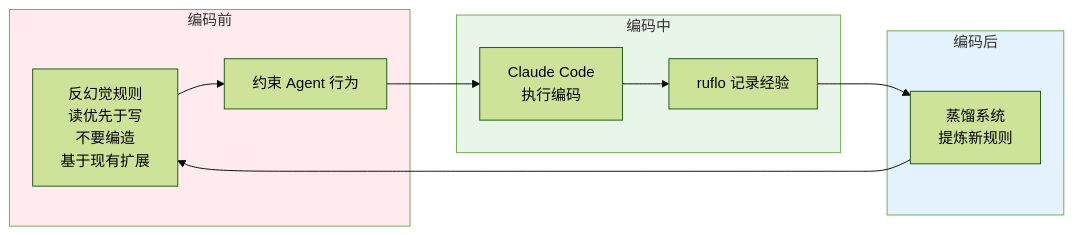
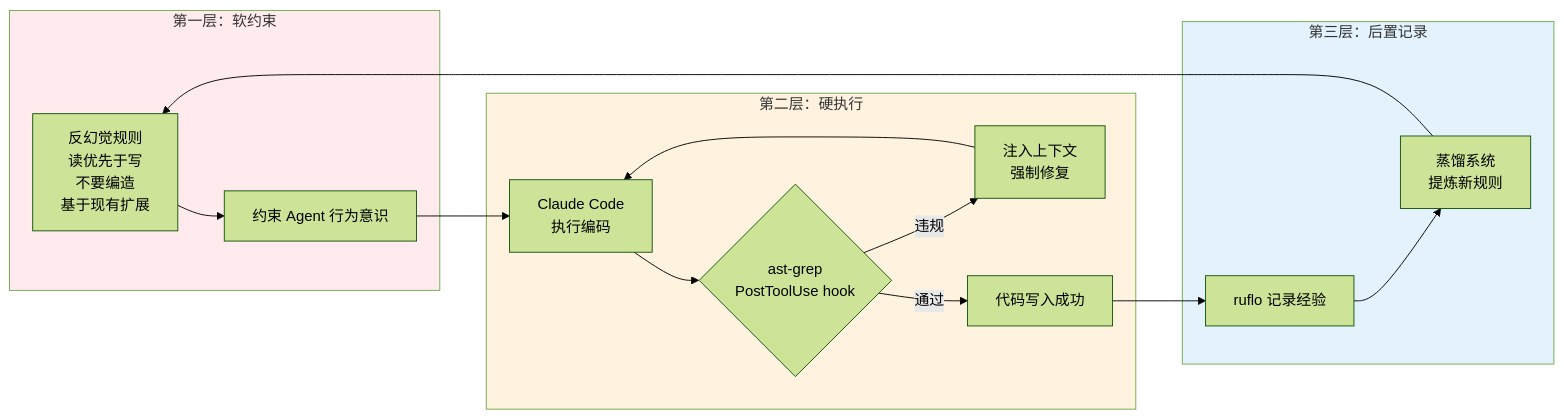
Before and after one commit to yaofuhong0311/ai-coding-workflow: the third of 4 diagrams in diagrams/workflow.md, drawn with Mermaid (forest theme). The commit also changed other lines of this file and 4 other files, not shown here.

First line of the commit message:
docs: add ast-grep mechanical enforcement and three-layer defense model

````diff
--- a/diagrams/workflow.md
+++ b/diagrams/workflow.md
@@ -63,20 +66,24 @@
 ```mermaid
 flowchart LR
-    subgraph Before["编码前"]
-        A[反幻觉规则<br/>读优先于写<br/>不要编造<br/>基于现有扩展] --> B[约束 Agent 行为]
+    subgraph Layer1["第一层：软约束"]
+        A[反幻觉规则<br/>读优先于写<br/>不要编造<br/>基于现有扩展] --> B[约束 Agent 行为意识]
     end
 
-    subgraph During["编码中"]
+    subgraph Layer2["第二层：硬执行"]
         B --> C[Claude Code<br/>执行编码]
-        C --> D[ruflo 记录经验]
+        C --> D{ast-grep<br/>PostToolUse hook}
+        D -->|违规| E[注入上下文<br/>强制修复]
+        E --> C
+        D -->|通过| F[代码写入成功]
     end
 
-    subgraph After["编码后"]
-        D --> E[蒸馏系统<br/>提炼新规则]
-        E --> A
+    subgraph Layer3["第三层：后置记录"]
+        F --> G[ruflo 记录经验]
+        G --> H[蒸馏系统<br/>提炼新规则]
+        H --> A
     end
 
-    style Before fill:#ffebee
-    style During fill:#e8f5e9
-    style After fill:#e3f2fd
+    style Layer1 fill:#ffebee
+    style Layer2 fill:#fff3e0
+    style Layer3 fill:#e3f2fd
 ```
````
